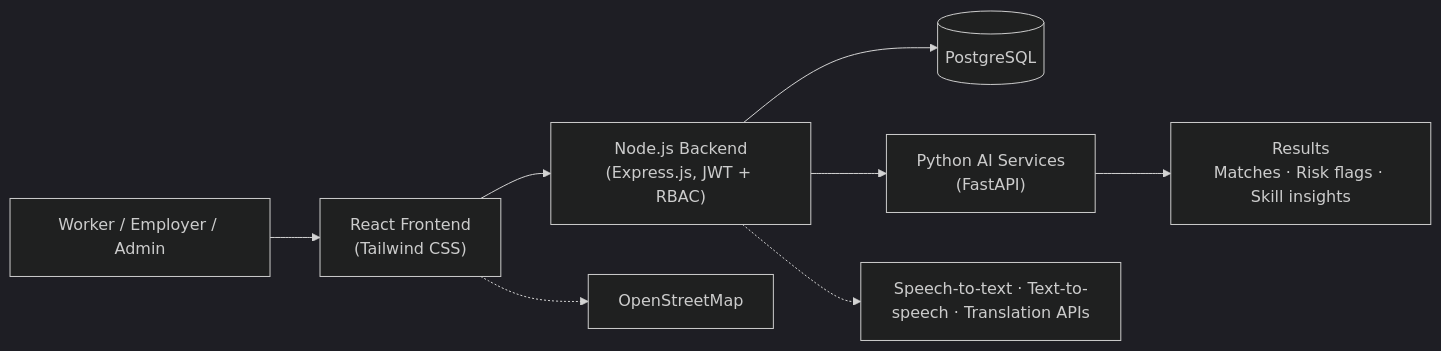
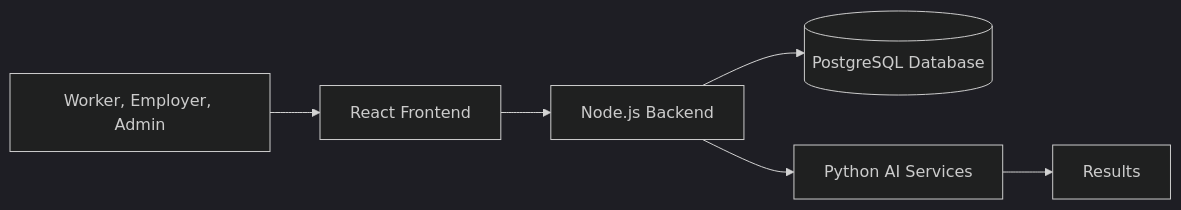
Before and after one commit to vibharnayak/RuralTrust: the diagram in README.md, drawn with Mermaid (dark theme). The commit also changed other lines of this file, not shown here.

````diff
--- a/README.md
+++ b/README.md
@@ -107,10 +112,8 @@
 ```mermaid
 flowchart LR
-    U["Worker / Employer / Admin"] --> F["React Frontend<br/>(Tailwind CSS)"]
-    F --> B["Node.js Backend<br/>(Express.js, JWT + RBAC)"]
-    B --> D[("PostgreSQL")]
-    B --> A["Python AI Services<br/>(FastAPI)"]
-    A --> R["Results<br/>Matches · Risk flags · Skill insights"]
-    B -.-> V["Speech-to-text · Text-to-speech · Translation APIs"]
-    F -.-> M["OpenStreetMap"]
+    U["Worker, Employer, Admin"] --> F["React Frontend"]
+    F --> B["Node.js Backend"]
+    B --> D[("PostgreSQL Database")]
+    B --> A["Python AI Services"]
+    A --> R["Results"]
 ```
````
